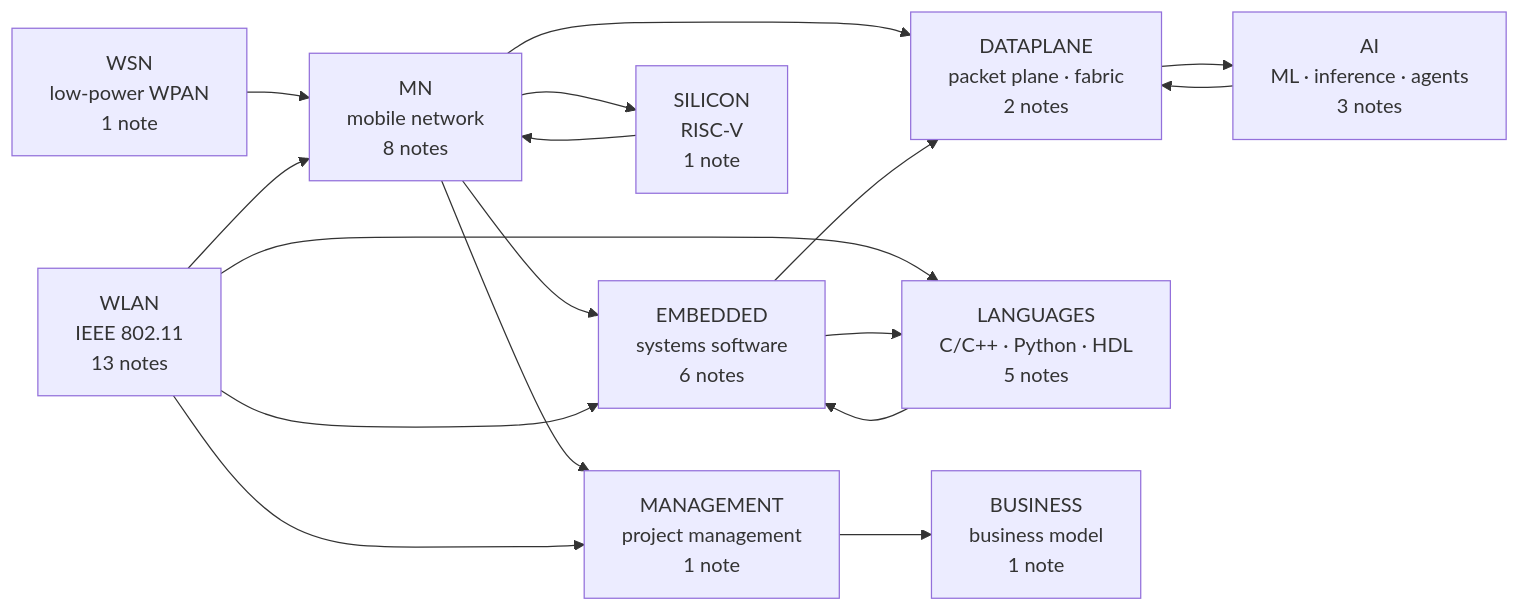
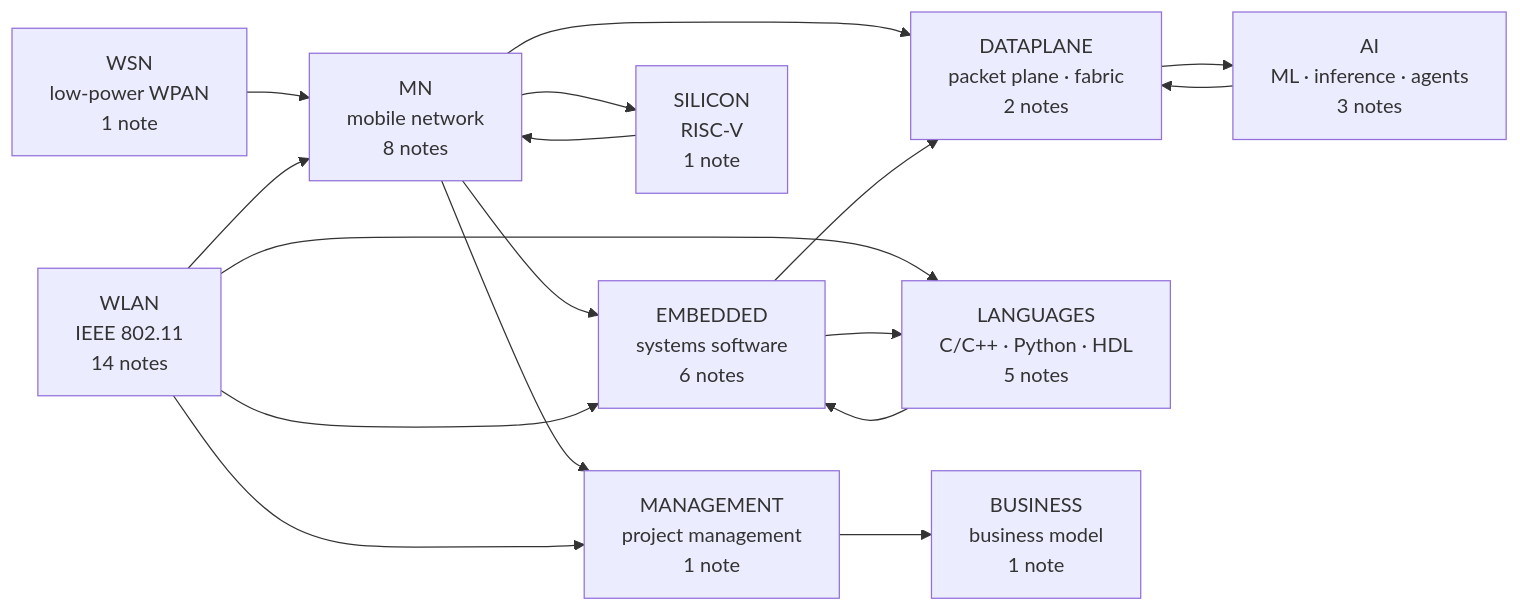
The diagram in knowledge-graph/00 MOC - Comms x Compute x AI Knowledge Graph.md (washingtonxr/xSkills), drawn with Mermaid before and after one commit. The commit also changed other lines of this file and 6 other files, not shown here.

````diff
--- a/knowledge-graph/00 MOC - Comms x Compute x AI Knowledge Graph.md
+++ b/knowledge-graph/00 MOC - Comms x Compute x AI Knowledge Graph.md
@@ -37,30 +37,30 @@
 ```mermaid
 flowchart LR
     MN["MN<br/>mobile network<br/>8 notes"]
-    WLAN["WLAN<br/>IEEE 802.11<br/>13 notes"]
+    WLAN["WLAN<br/>IEEE 802.11<br/>14 notes"]
     WSN["WSN<br/>low-power WPAN<br/>1 note"]
     EMBEDDED["EMBEDDED<br/>systems software<br/>6 notes"]
     DATAPLANE["DATAPLANE<br/>packet plane · fabric<br/>2 notes"]
     AI["AI<br/>ML · inference · agents<br/>3 notes"]
     SILICON["SILICON<br/>RISC-V<br/>1 note"]
     LANGUAGES["LANGUAGES<br/>C/C++ · Python · HDL<br/>5 notes"]
     MANAGEMENT["MANAGEMENT<br/>project management<br/>1 note"]
     BUSINESS["BUSINESS<br/>business model<br/>1 note"]
 
     WSN --> MN
     WLAN --> MN
     MN --> EMBEDDED
     MN --> DATAPLANE
     MN --> SILICON
     SILICON --> MN
     WLAN --> EMBEDDED
     WLAN --> LANGUAGES
     EMBEDDED --> LANGUAGES
     LANGUAGES --> EMBEDDED
     EMBEDDED --> DATAPLANE
     DATAPLANE --> AI
     AI --> DATAPLANE
     MN --> MANAGEMENT
     WLAN --> MANAGEMENT
     MANAGEMENT --> BUSINESS
 ```
````
